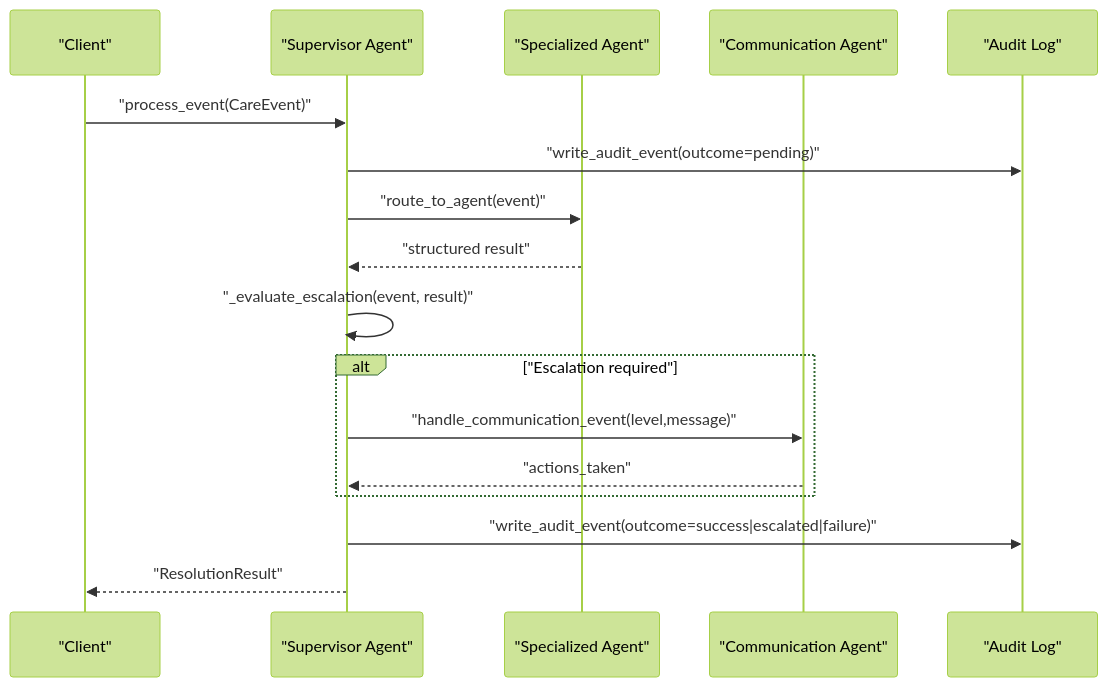
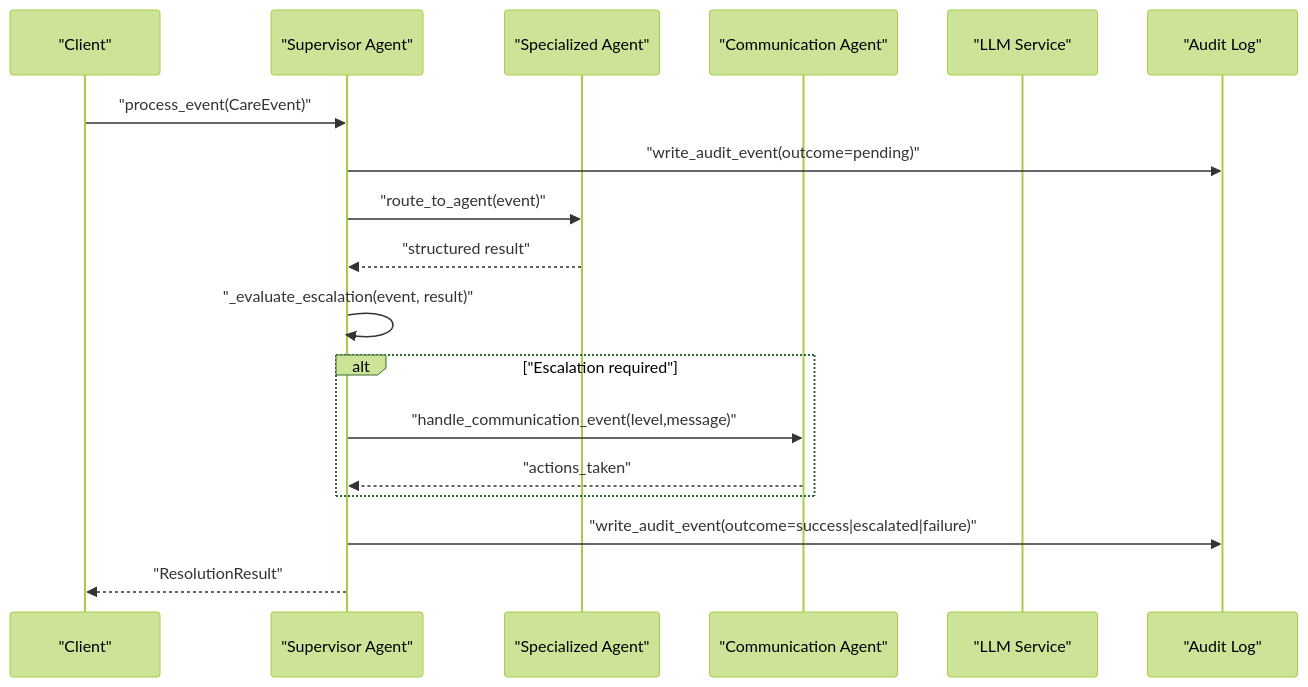
The second of 10 diagrams in .qoder/repowiki/en/content/Core Agents/Supervisor Agent.md (infamous-rebel/CareBridge), drawn with Mermaid (forest theme) before and after one commit. The commit also changed other lines of this file and 12 other files, not shown here.

````diff
--- a/.qoder/repowiki/en/content/Core Agents/Supervisor Agent.md
+++ b/.qoder/repowiki/en/content/Core Agents/Supervisor Agent.md
@@ -108,19 +120,20 @@
 ```mermaid
 sequenceDiagram
 participant Client as "Client"
 participant Supervisor as "Supervisor Agent"
 participant Specialist as "Specialized Agent"
 participant Comm as "Communication Agent"
+participant LLM as "LLM Service"
 participant Audit as "Audit Log"
 Client->>Supervisor : "process_event(CareEvent)"
 Supervisor->>Audit : "write_audit_event(outcome=pending)"
 Supervisor->>Specialist : "route_to_agent(event)"
 Specialist-->>Supervisor : "structured result"
 Supervisor->>Supervisor : "_evaluate_escalation(event, result)"
 alt "Escalation required"
 Supervisor->>Comm : "handle_communication_event(level,message)"
 Comm-->>Supervisor : "actions_taken"
 end
 Supervisor->>Audit : "write_audit_event(outcome=success|escalated|failure)"
 Supervisor-->>Client : "ResolutionResult"
 ```
````
